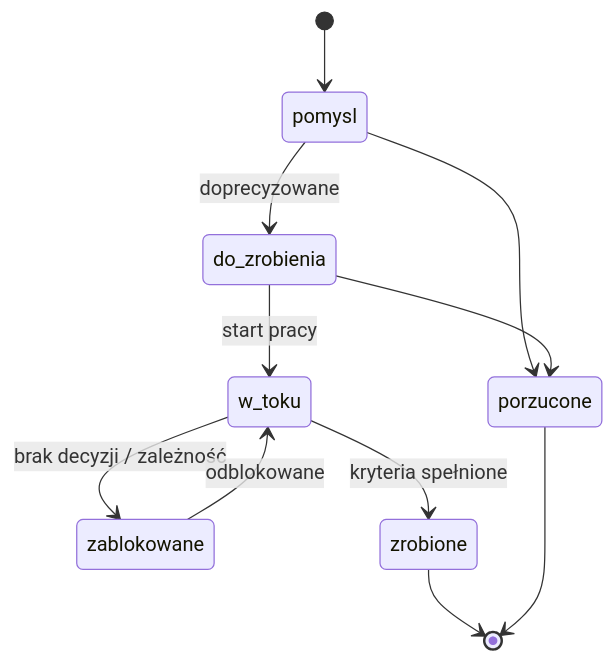
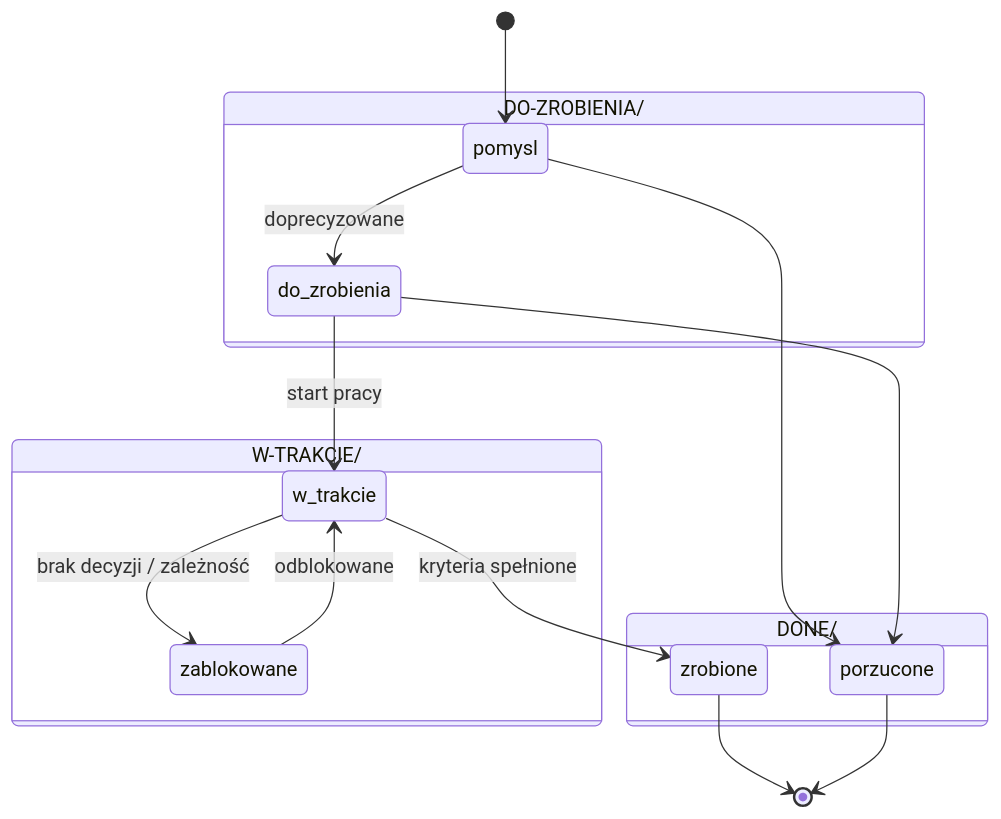
The diagram in docs/procesy/zadania.md (DragonKing026/DK-Tracker-Linux), drawn with Mermaid before and after one commit. The commit also changed other lines of this file and 6 other files, not shown here.

Commit message:
todo: zmień nazwę folderu DONE na ZROBIONE

````diff
--- a/docs/procesy/zadania.md
+++ b/docs/procesy/zadania.md
@@ -69,13 +80,25 @@
 ```mermaid
 stateDiagram-v2
+    state "DO-ZROBIENIA/" as DZ {
+        pomysl
+        do_zrobienia
+    }
+    state "W-TRAKCIE/" as WT {
+        w_trakcie
+        zablokowane
+    }
+    state "DONE/" as DN {
+        zrobione
+        porzucone
+    }
     [*] --> pomysl
     pomysl --> do_zrobienia: doprecyzowane
-    do_zrobienia --> w_toku: start pracy
-    w_toku --> zablokowane: brak decyzji / zależność
-    zablokowane --> w_toku: odblokowane
-    w_toku --> zrobione: kryteria spełnione
+    do_zrobienia --> w_trakcie: start pracy
+    w_trakcie --> zablokowane: brak decyzji / zależność
+    zablokowane --> w_trakcie: odblokowane
+    w_trakcie --> zrobione: kryteria spełnione
     pomysl --> porzucone
     do_zrobienia --> porzucone
     zrobione --> [*]
     porzucone --> [*]
 ```
````
